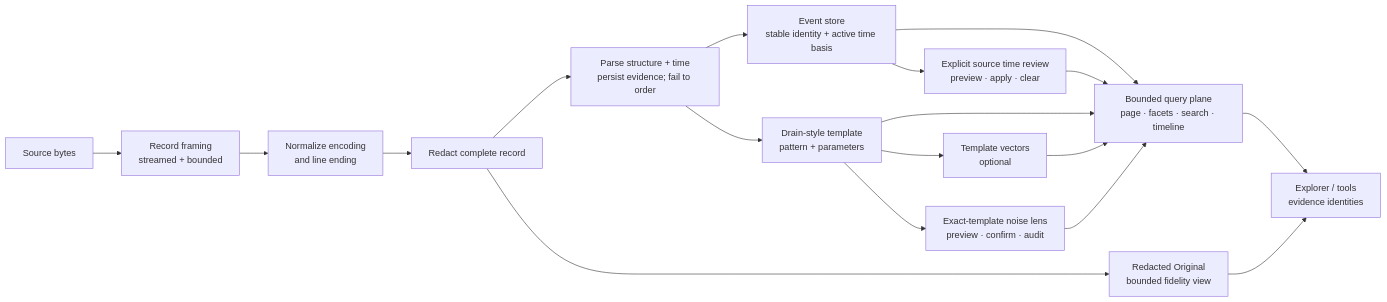
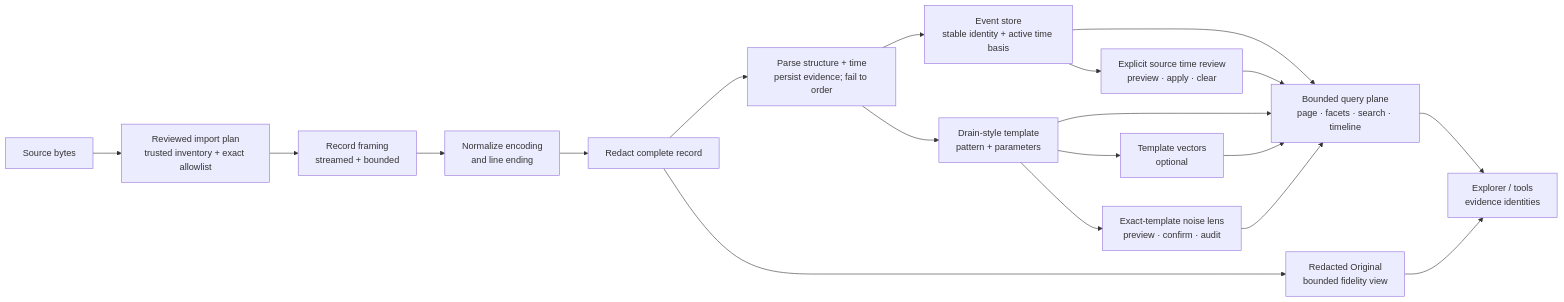
One commit to chriscase/ContextDesk changed the first of 2 diagrams in docs/design/proven-methods/LOG_EVIDENCE_PIPELINE.md. Above: the diagram before and after it, drawn with Mermaid. The commit also changed other lines of this file and 2 other files, not shown here.

Commit message:
docs(logs): document reviewed import trust contract

````diff
--- a/docs/design/proven-methods/LOG_EVIDENCE_PIPELINE.md
+++ b/docs/design/proven-methods/LOG_EVIDENCE_PIPELINE.md
@@ -71,29 +72,30 @@
 ```mermaid
 flowchart LR
 %% title: Bounded log evidence pipeline
     A["Source bytes"]
+    P["Reviewed import plan<br/>trusted inventory + exact allowlist"]
     B["Record framing<br/>streamed + bounded"]
     C["Normalize encoding<br/>and line ending"]
     D["Redact complete record"]
     E["Parse structure + time<br/>persist evidence; fail to order"]
     F["Event store<br/>stable identity + active time basis"]
     G["Drain-style template<br/>pattern + parameters"]
     H["Template vectors<br/>optional"]
     I["Bounded query plane<br/>page · facets · search · timeline"]
     T["Explicit source time review<br/>preview · apply · clear"]
     L["Exact-template noise lens<br/>preview · confirm · audit"]
     J["Explorer / tools<br/>evidence identities"]
     K["Redacted Original<br/>bounded fidelity view"]
 
-    A --> B --> C --> D
+    A --> P --> B --> C --> D
     D --> E --> F
     D --> K
     E --> G --> H
     F --> I
     F --> T --> I
     G --> I
     H --> I
     G --> L --> I
     I --> J
     K --> J
 ```
````
